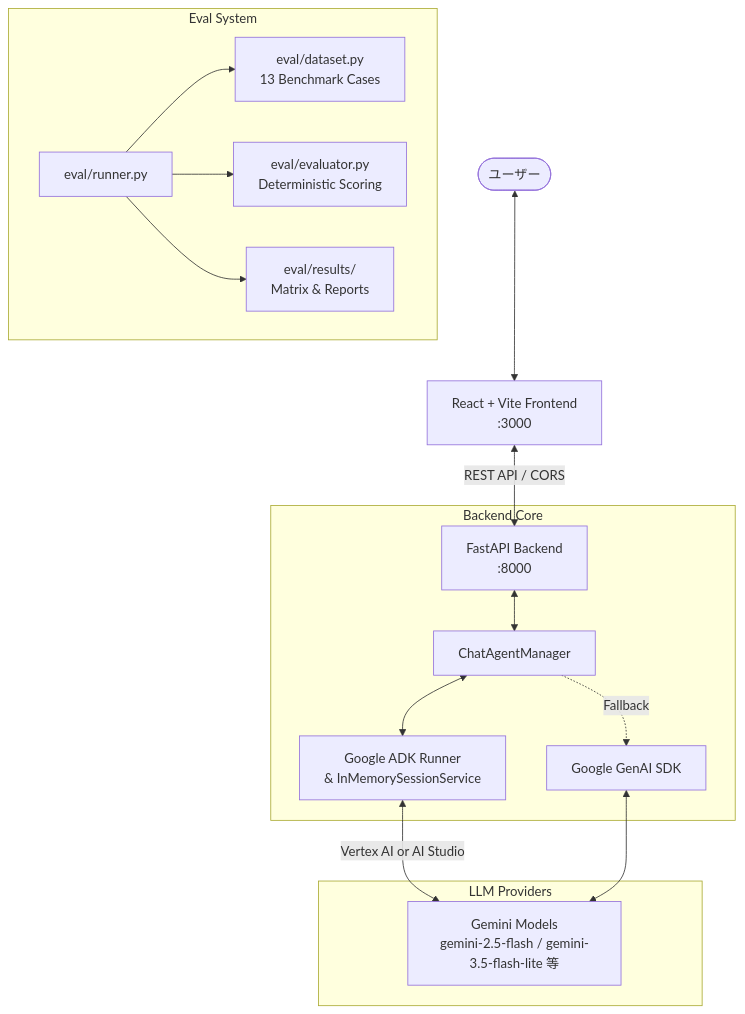
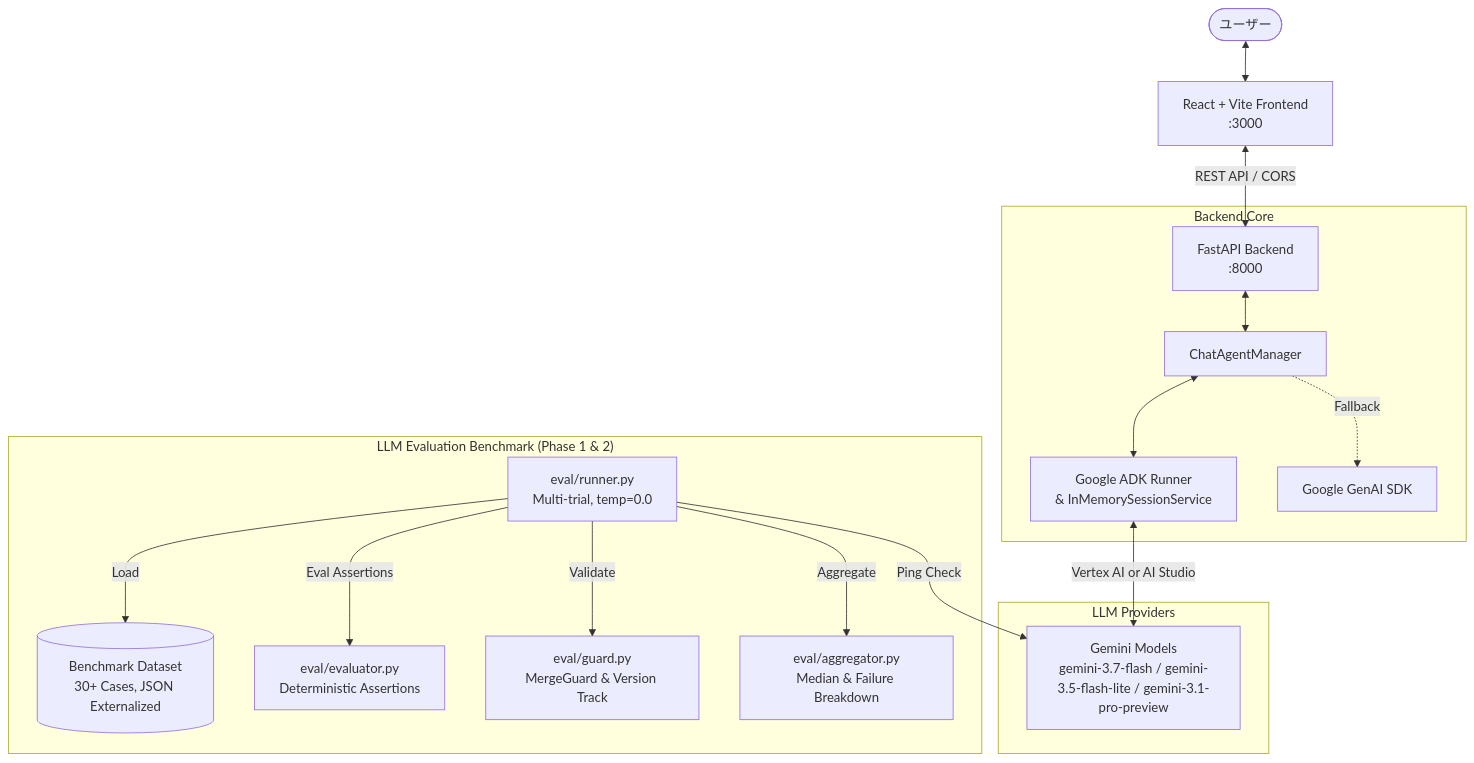
Before and after one commit to shu-kob/adk-agent-chat: the diagram in docs/SPECIFICATION.md, drawn with Mermaid. The commit also changed other lines of this file and 2 other files, not shown here.

Commit message:
feat(eval): update target models to gemini-3.7-flash, gemini-3.5-flash-lite, gemini-3.1-pro-preview

````diff
--- a/docs/SPECIFICATION.md
+++ b/docs/SPECIFICATION.md
@@ -19,22 +19,28 @@
 ```mermaid
 graph TD
     User([ユーザー]) <--> Frontend[React + Vite Frontend<br/>:3000]
     Frontend <-->|REST API / CORS| Backend[FastAPI Backend<br/>:8000]
     
     subgraph Backend Core
         Backend <--> AgentManager[ChatAgentManager]
         AgentManager <--> ADK[Google ADK Runner<br/>& InMemorySessionService]
         AgentManager -.->|Fallback| GenAISDK[Google GenAI SDK]
     end
 
     subgraph LLM Providers
-        ADK <-->|Vertex AI or AI Studio| Gemini[Gemini Models<br/>gemini-2.5-flash / gemini-3.5-flash-lite 等]
-        GenAISDK <--> Gemini
+        ADK <-->|Vertex AI or AI Studio| Gemini[Gemini Models<br/>gemini-3.7-flash / gemini-3.5-flash-lite / gemini-3.1-pro-preview]
     end
-
-    subgraph Eval System
-        EvalRunner[eval/runner.py] --> EvalDataset[eval/dataset.py<br/>13 Benchmark Cases]
-        EvalRunner --> Evaluator[eval/evaluator.py<br/>Deterministic Scoring]
-        EvalRunner --> EvalResults[eval/results/<br/>Matrix & Reports]
+    
+    subgraph Evaluation["LLM Evaluation Benchmark (Phase 1 & 2)"]
+        Dataset[(Benchmark Dataset<br/>30+ Cases, JSON Externalized)]
+        Runner[eval/runner.py<br/>Multi-trial, temp=0.0]
+        Evaluator[eval/evaluator.py<br/>Deterministic Assertions]
+        Guard[eval/guard.py<br/>MergeGuard & Version Track]
+        Aggregator[eval/aggregator.py<br/>Median & Failure Breakdown]
+        Runner -->|Load| Dataset
+        Runner -->|Ping Check| Gemini
+        Runner -->|Eval Assertions| Evaluator
+        Runner -->|Validate| Guard
+        Runner -->|Aggregate| Aggregator
     end
 ```
````
